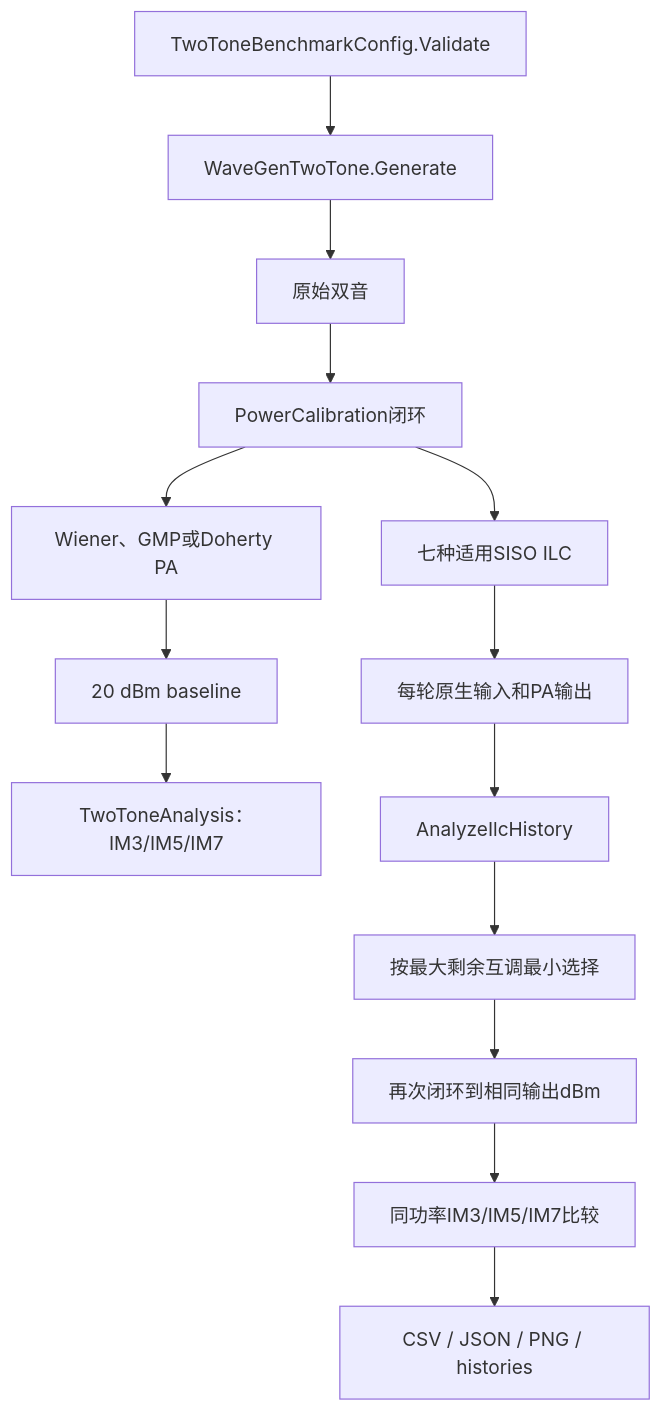
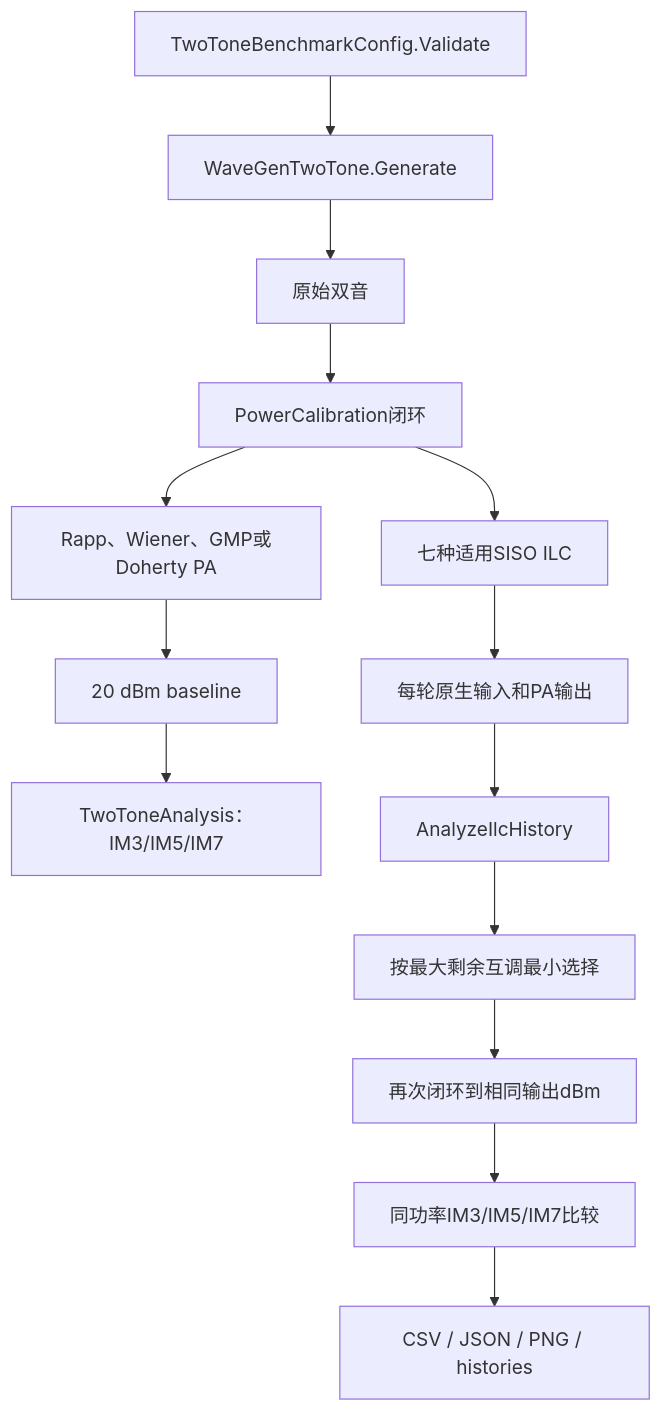
The sixth of 11 diagrams in doc/BenchMark.md (niyilu45/DPD_ILC), drawn with Mermaid before and after one commit. The commit also changed other lines of this file and 29 other files, not shown here.

````diff
--- a/doc/BenchMark.md
+++ b/doc/BenchMark.md
@@ -1705,16 +1705,16 @@
 ```mermaid
 flowchart TD
     config["TwoToneBenchmarkConfig.Validate"] --> generator["WaveGenTwoTone.Generate"]
     generator --> raw["原始双音"]
     raw --> calibration["PowerCalibration闭环"]
-    calibration --> pa["Wiener、GMP或Doherty PA"]
+    calibration --> pa["Rapp、Wiener、GMP或Doherty PA"]
     pa --> baseline["20 dBm baseline"]
     baseline --> analysis["TwoToneAnalysis：IM3/IM5/IM7"]
     calibration --> methods["七种适用SISO ILC"]
     methods --> histories["每轮原生输入和PA输出"]
     histories --> historyAnalysis["AnalyzeIlcHistory"]
     historyAnalysis --> selected["按最大剩余互调最小选择"]
     selected --> equalPower["再次闭环到相同输出dBm"]
     equalPower --> comparison["同功率IM3/IM5/IM7比较"]
     comparison --> files["CSV / JSON / PNG / histories"]
 ```
````
